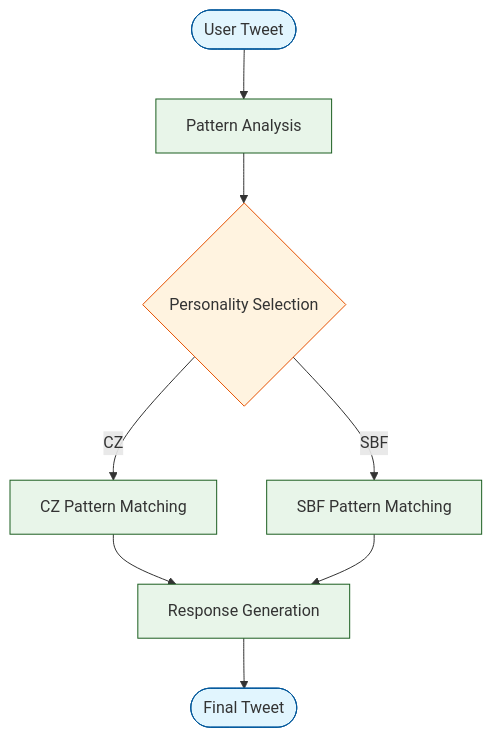
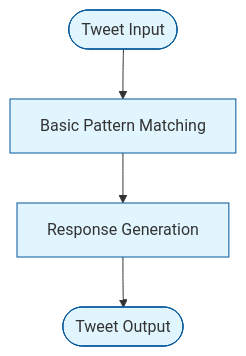
The diagram in README.md (humanperzeus/CZ-Ai-Agent-MVP_2), drawn with Mermaid before and after one commit. The commit also changed other lines of this file, not shown here.

Commit message:
Docs(readme): refocus on MVP approach and core features

````diff
--- a/README.md
+++ b/README.md
@@ -6,19 +14,9 @@
 ```mermaid
 flowchart TD
-    A([User Tweet]) --> B[Pattern Analysis]
-    B --> C{Personality Selection}
-    C -->|CZ| D1[CZ Pattern Matching]
-    C -->|SBF| D2[SBF Pattern Matching]
-    D1 --> E[Response Generation]
-    D2 --> E
-    E --> F([Final Tweet])
-
-    classDef input fill:#e1f5fe,stroke:#01579b
-    classDef process fill:#e8f5e9,stroke:#1b5e20
-    classDef decision fill:#fff3e0,stroke:#e65100
-    classDef output fill:#f3e5f5,stroke:#4a148c
-
-    class A,F input
-    class B,D1,D2,E process
-    class C decision
+    A([Tweet Input]) --> B[Basic Pattern Matching]
+    B --> C[Response Generation]
+    C --> D([Tweet Output])
+    
+    classDef core fill:#e1f5fe,stroke:#01579b
+    class A,B,C,D core
 ```
````
